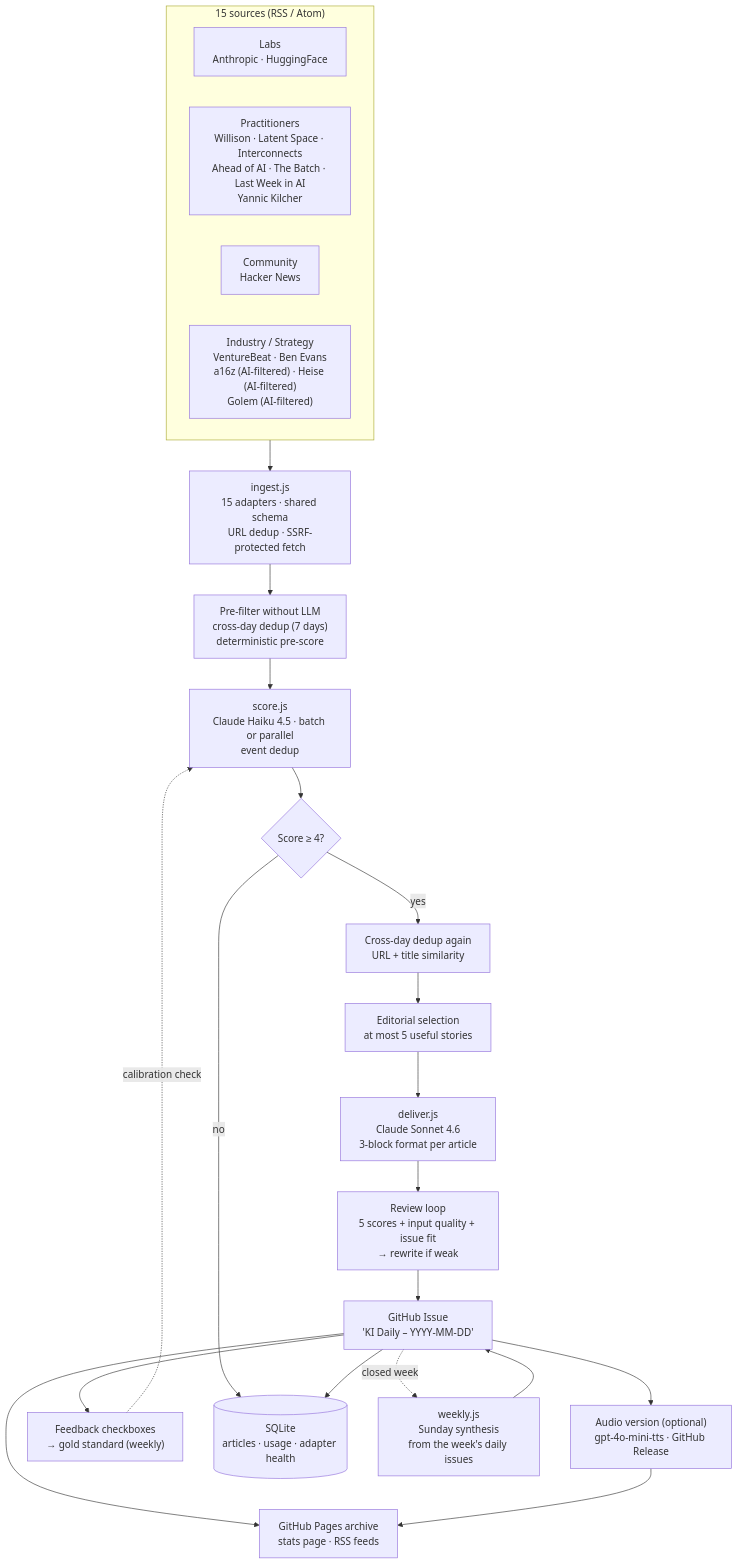
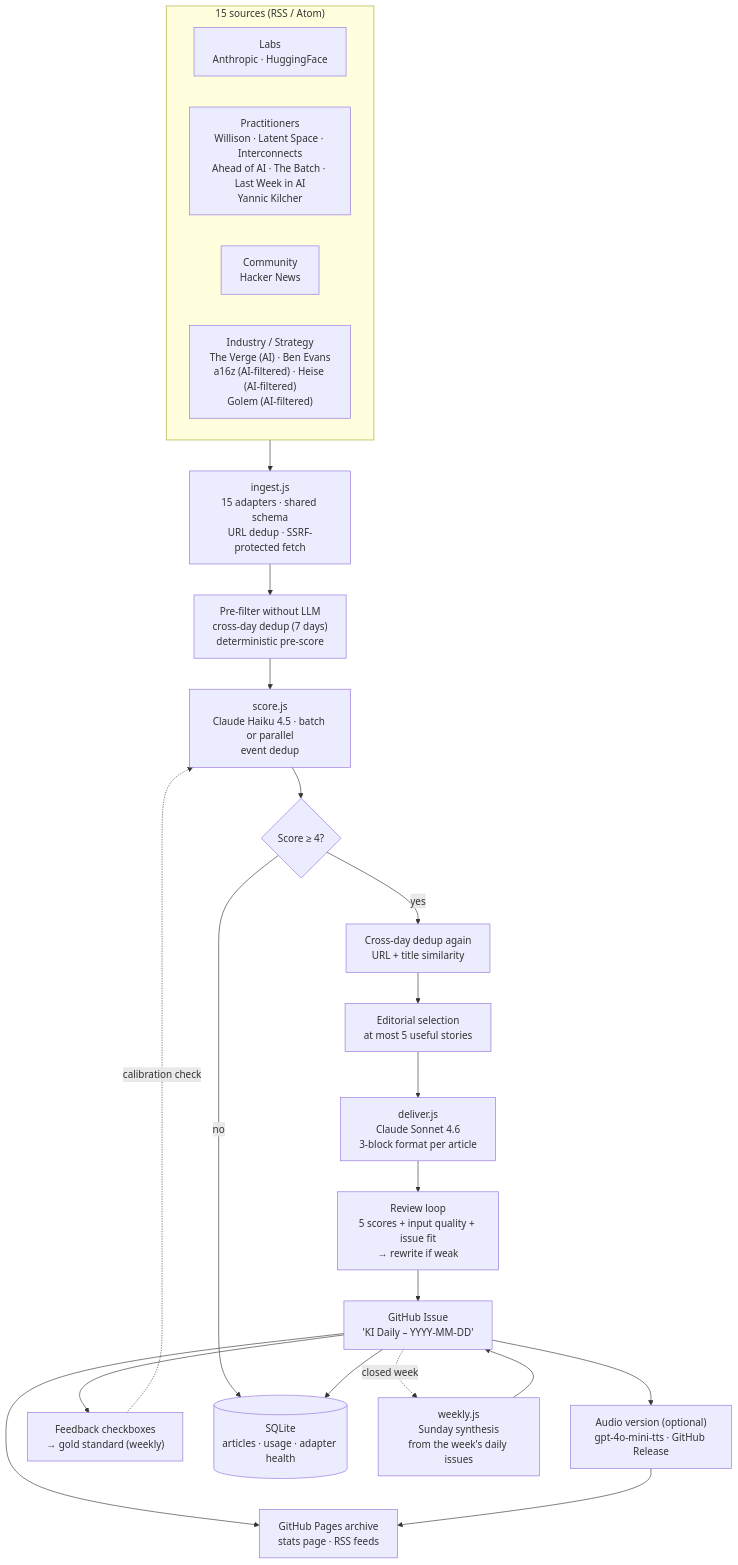
One commit to kronprinzmagma/ki-news-aggregator changed the diagram in README.md. Above: the diagram before and after it, drawn with Mermaid. The commit also changed other lines of this file and 20 other files, not shown here.

````diff
--- a/README.md
+++ b/README.md
@@ -77,33 +77,33 @@
 ```mermaid
 flowchart TD
     subgraph Sources["15 sources (RSS / Atom)"]
         S1["Labs<br/>Anthropic · HuggingFace"]
         S2["Practitioners<br/>Willison · Latent Space · Interconnects<br/>Ahead of AI · The Batch · Last Week in AI<br/>Yannic Kilcher"]
         S3["Community<br/>Hacker News"]
-        S4["Industry / Strategy<br/>VentureBeat · Ben Evans<br/>a16z (AI-filtered) · Heise (AI-filtered)<br/>Golem (AI-filtered)"]
+        S4["Industry / Strategy<br/>The Verge (AI) · Ben Evans<br/>a16z (AI-filtered) · Heise (AI-filtered)<br/>Golem (AI-filtered)"]
     end
 
     Ingest["ingest.js<br/>15 adapters · shared schema<br/>URL dedup · SSRF-protected fetch"]
     Pre["Pre-filter without LLM<br/>cross-day dedup (7 days)<br/>deterministic pre-score"]
     Score["score.js<br/>Claude Haiku 4.5 · batch or parallel<br/>event dedup"]
     Filter{"Score ≥ 4?"}
     XDay["Cross-day dedup again<br/>URL + title similarity"]
     Select["Editorial selection<br/>at most 5 useful stories"]
     Write["deliver.js<br/>Claude Sonnet 4.6<br/>3-block format per article"]
     Review["Review loop<br/>5 scores + input quality + issue fit<br/>→ rewrite if weak"]
     Issue["GitHub Issue<br/>'KI Daily – YYYY-MM-DD'"]
     Archive["GitHub Pages archive<br/>stats page · RSS feeds"]
     Audio["Audio version (optional)<br/>gpt-4o-mini-tts · GitHub Release"]
     Feedback["Feedback checkboxes<br/>→ gold standard (weekly)"]
     Store[("SQLite<br/>articles · usage · adapter health")]
     Weekly["weekly.js<br/>Sunday synthesis<br/>from the week's daily issues"]
 
     Sources --> Ingest --> Pre --> Score --> Filter
     Filter -- yes --> XDay --> Select --> Write --> Review --> Issue
     Filter -- no --> Store
     Issue --> Store
     Issue --> Archive
     Issue --> Audio --> Archive
         Issue --> Feedback -.calibration check.-> Score
     Issue -.closed week.-> Weekly --> Issue
 ```
````
